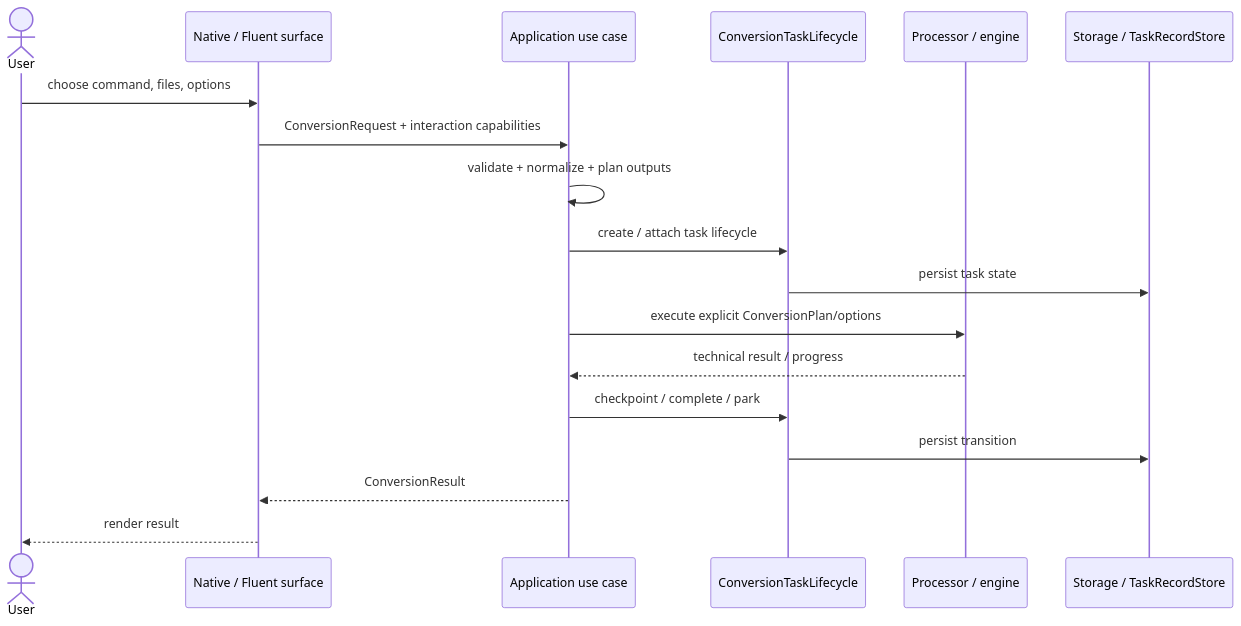
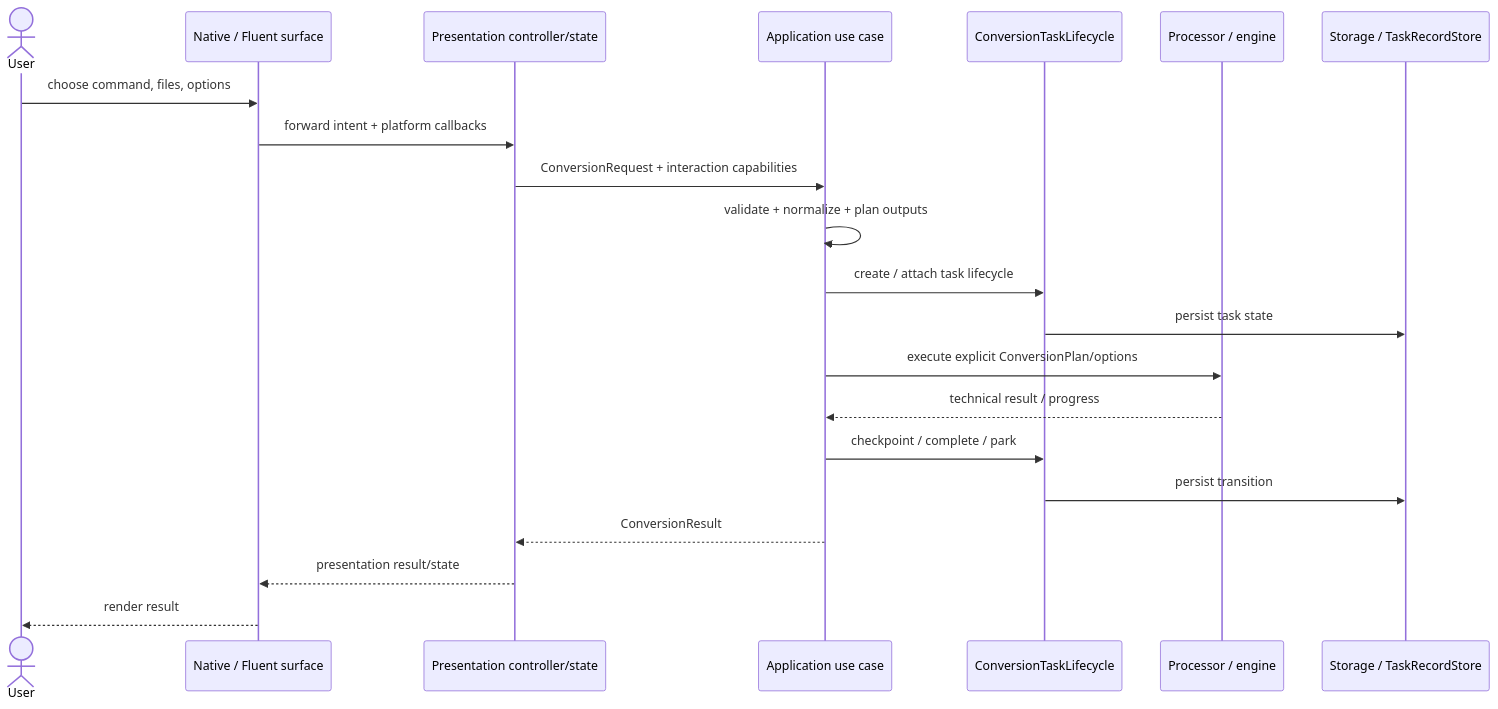
Before and after one commit to Youchenjiang/Clickra: the sixth of 8 diagrams in docs/development/clickra_architecture.md, drawn with Mermaid. The commit also changed other lines of this file and 1 other file, not shown here.

First line of the commit message:
docs(core): document consolidated architecture

````diff
--- a/docs/development/clickra_architecture.md
+++ b/docs/development/clickra_architecture.md
@@ -209,21 +360,24 @@
 ```mermaid
 sequenceDiagram
     actor U as User
     participant UI as Native / Fluent surface
+    participant PS as Presentation controller/state
     participant UC as Application use case
     participant LC as ConversionTaskLifecycle
     participant P as Processor / engine
     participant S as Storage / TaskRecordStore
 
     U->>UI: choose command, files, options
-    UI->>UC: ConversionRequest + interaction capabilities
+    UI->>PS: forward intent + platform callbacks
+    PS->>UC: ConversionRequest + interaction capabilities
     UC->>UC: validate + normalize + plan outputs
     UC->>LC: create / attach task lifecycle
     LC->>S: persist task state
     UC->>P: execute explicit ConversionPlan/options
     P-->>UC: technical result / progress
     UC->>LC: checkpoint / complete / park
     LC->>S: persist transition
-    UC-->>UI: ConversionResult
+    UC-->>PS: ConversionResult
+    PS-->>UI: presentation result/state
     UI-->>U: render result
 ```
````
